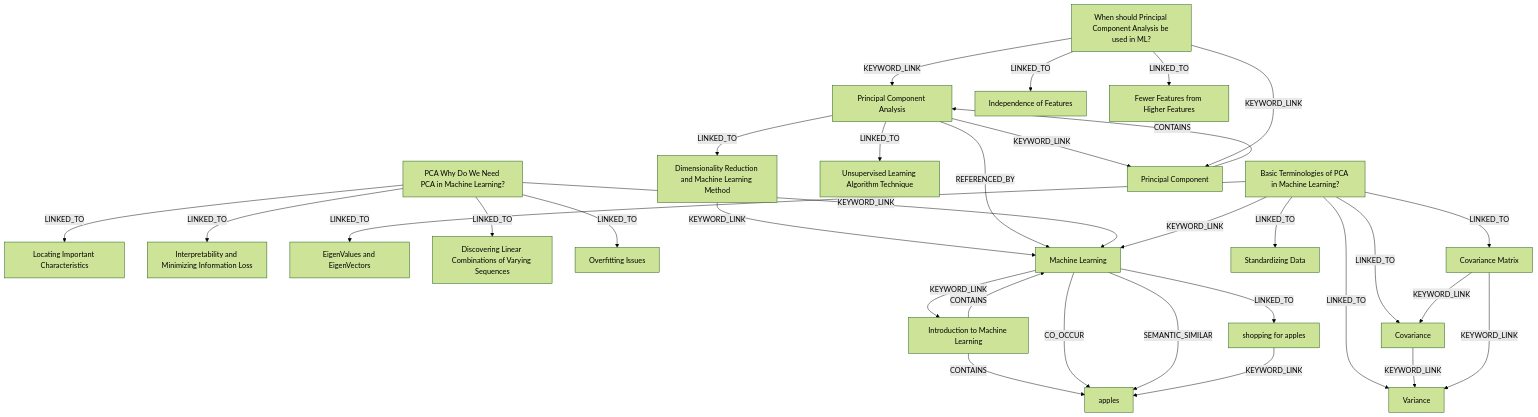
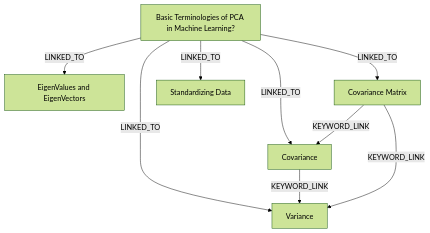
Before and after one commit to ankit-sengupta05/cyborg: the diagram in AI_OS/Ontology/Ontology_PCA_Fundamentals.md, drawn with Mermaid (forest theme). The commit also changed other lines of this file and 19 other files, not shown here.

````diff
--- a/AI_OS/Ontology/Ontology_PCA_Fundamentals.md
+++ b/AI_OS/Ontology/Ontology_PCA_Fundamentals.md
@@ -26,56 +26,17 @@
 ```mermaid
 graph TD
-    n0["Dimensionality Reduction and Machine Learning Method"]
-    n1["Locating Important Characteristics"]
-    n2["Principal Component Analysis"]
-    n3["shopping for apples"]
-    n4["Interpretability and Minimizing Information Loss"]
-    n5["PCA Why Do We Need PCA in Machine Learning?"]
-    n6["EigenValues and EigenVectors"]
-    n7["Discovering Linear Combinations of Varying Sequences"]
-    n8["When should Principal Component Analysis be used in ML?"]
-    n9["Unsupervised Learning Algorithm Technique"]
-    n10["Covariance"]
-    n11["Overfitting Issues"]
-    n12["Basic Terminologies of PCA in Machine Learning?"]
-    n13["Introduction to Machine Learning"]
-    n14["apples"]
-    n15["Machine Learning"]
-    n16["Variance"]
-    n17["Standardizing Data"]
-    n18["Independence of Features"]
-    n19["Covariance Matrix"]
-    n20["Principal Component"]
-    n21["Fewer Features from Higher Features"]
-    n15 -->|KEYWORD_LINK| n13
-    n13 -->|CONTAINS| n15
-    n13 -->|CONTAINS| n14
-    n15 -->|CO_OCCUR| n14
-    n15 -->|SEMANTIC_SIMILAR| n14
-    n3 -->|KEYWORD_LINK| n14
-    n15 -->|LINKED_TO| n3
-    n2 -->|KEYWORD_LINK| n20
-    n20 -->|CONTAINS| n2
-    n0 -->|KEYWORD_LINK| n15
-    n2 -->|LINKED_TO| n0
-    n2 -->|LINKED_TO| n9
-    n2 -->|REFERENCED_BY| n15
-    n5 -->|KEYWORD_LINK| n15
-    n5 -->|LINKED_TO| n11
-    n5 -->|LINKED_TO| n4
-    n5 -->|LINKED_TO| n1
-    n5 -->|LINKED_TO| n7
-    n8 -->|KEYWORD_LINK| n20
-    n8 -->|KEYWORD_LINK| n2
-    n8 -->|LINKED_TO| n18
-    n8 -->|LINKED_TO| n21
-    n12 -->|KEYWORD_LINK| n15
-    n12 -->|LINKED_TO| n16
-    n10 -->|KEYWORD_LINK| n16
-    n12 -->|LINKED_TO| n10
-    n12 -->|LINKED_TO| n17
-    n19 -->|KEYWORD_LINK| n16
-    n19 -->|KEYWORD_LINK| n10
-    n12 -->|LINKED_TO| n19
-    n12 -->|LINKED_TO| n6
+    n0["Covariance"]
+    n1["Basic Terminologies of PCA in Machine Learning?"]
+    n2["EigenValues and EigenVectors"]
+    n3["Variance"]
+    n4["Covariance Matrix"]
+    n5["Standardizing Data"]
+    n1 -->|LINKED_TO| n3
+    n0 -->|KEYWORD_LINK| n3
+    n1 -->|LINKED_TO| n0
+    n1 -->|LINKED_TO| n5
+    n4 -->|KEYWORD_LINK| n3
+    n4 -->|KEYWORD_LINK| n0
+    n1 -->|LINKED_TO| n4
+    n1 -->|LINKED_TO| n2
 ```
````
